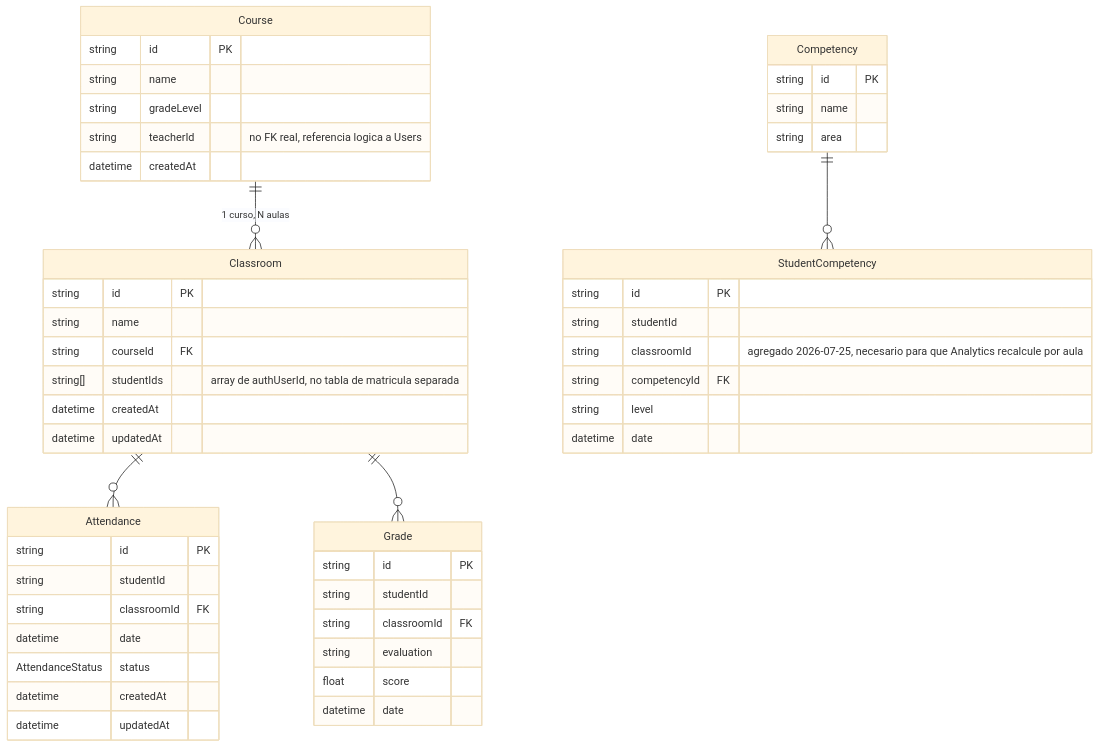
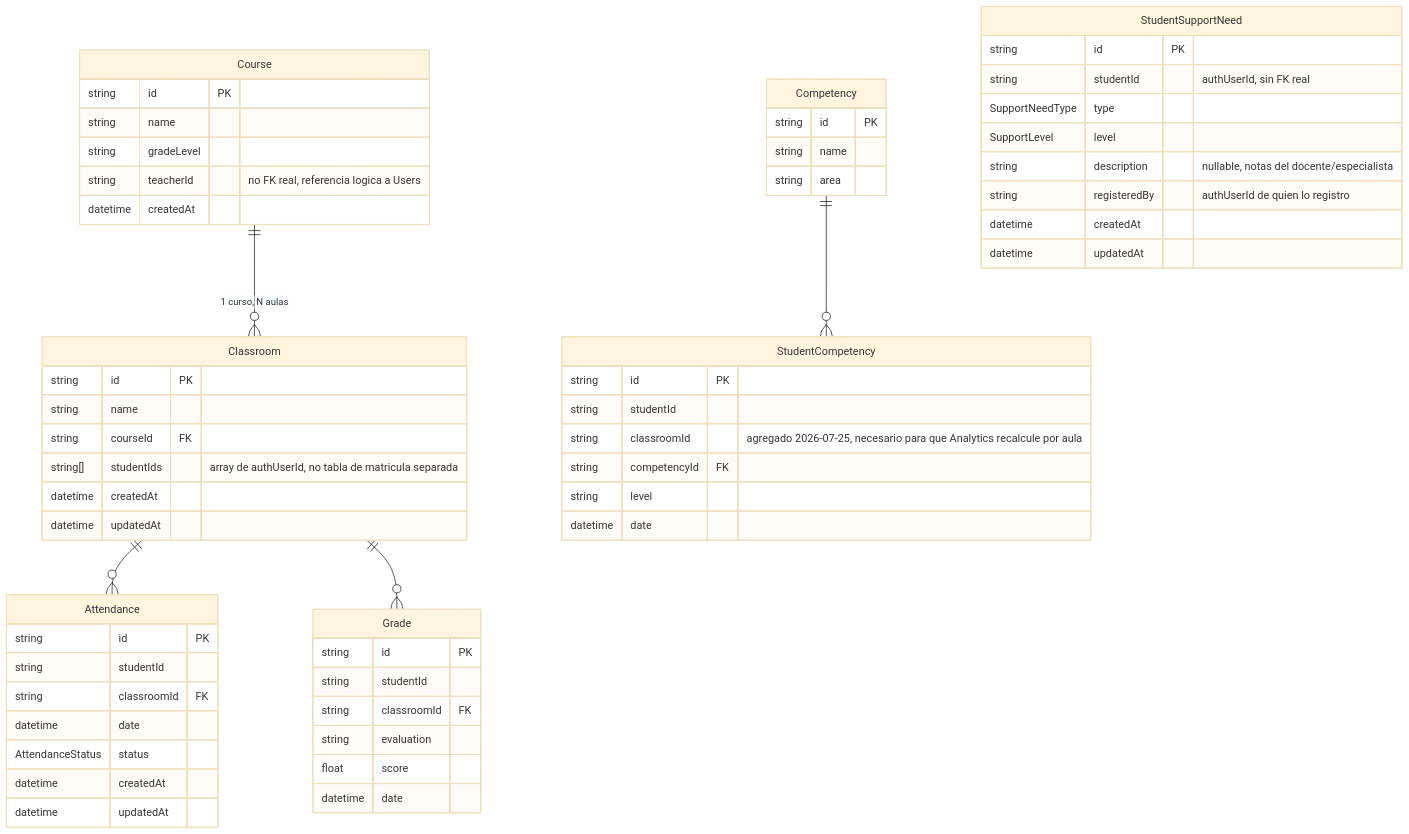
Before and after one commit to V-Yeimi19/Hackaton-MINEDU-Backend: the fifth of 9 diagrams in docs/DATABASE.md, drawn with Mermaid (base theme). The commit also changed other lines of this file and 28 other files, not shown here.

````diff
--- a/docs/DATABASE.md
+++ b/docs/DATABASE.md
@@ -76,53 +76,63 @@
 ```mermaid
 erDiagram
     Course ||--o{ Classroom : "1 curso, N aulas"
     Classroom ||--o{ Attendance : ""
     Classroom ||--o{ Grade : ""
     Competency ||--o{ StudentCompetency : ""
 
     Course {
         string id PK
         string name
         string gradeLevel
         string teacherId "no FK real, referencia logica a Users"
         datetime createdAt
     }
     Classroom {
         string id PK
         string name
         string courseId FK
         string[] studentIds "array de authUserId, no tabla de matricula separada"
         datetime createdAt
         datetime updatedAt
     }
     Attendance {
         string id PK
         string studentId
         string classroomId FK
         datetime date
         AttendanceStatus status
         datetime createdAt
         datetime updatedAt
     }
     Grade {
         string id PK
         string studentId
         string classroomId FK
         string evaluation
         float score
         datetime date
     }
     Competency {
         string id PK
         string name
         string area
     }
     StudentCompetency {
         string id PK
         string studentId
         string classroomId "agregado 2026-07-25, necesario para que Analytics recalcule por aula"
         string competencyId FK
         string level
         datetime date
     }
+    StudentSupportNeed {
+        string id PK
+        string studentId "authUserId, sin FK real"
+        SupportNeedType type
+        SupportLevel level
+        string description "nullable, notas del docente/especialista"
+        string registeredBy "authUserId de quien lo registro"
+        datetime createdAt
+        datetime updatedAt
+    }
 ```
````
